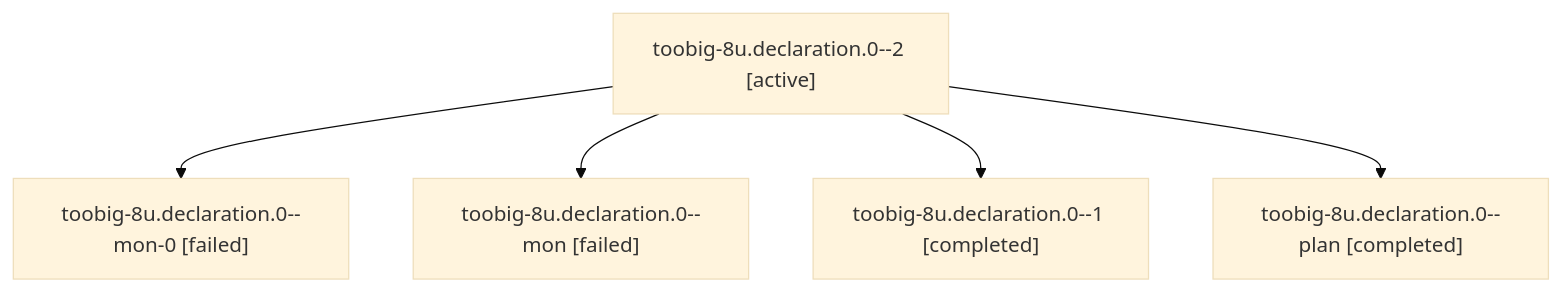
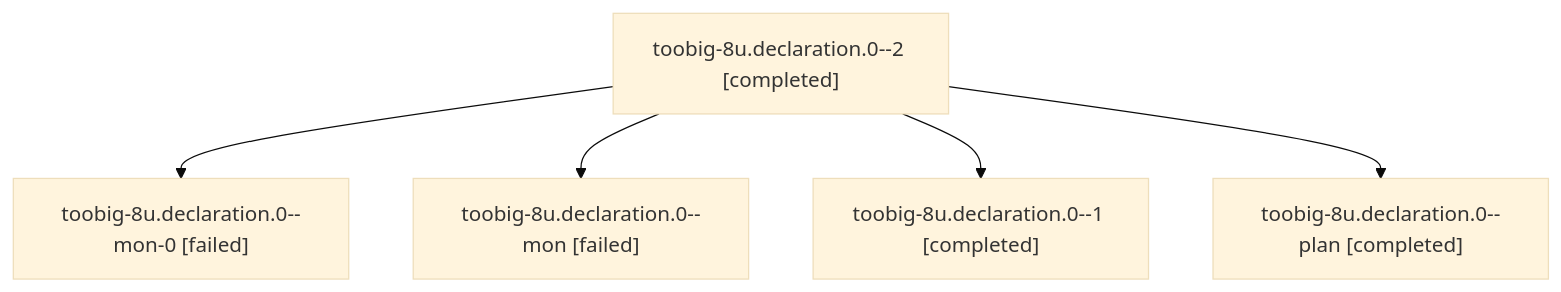
Before and after one commit to sase-org/sase--agents: the diagram in sessions/bbugyi200.athena.toobig-8u.declaration.0.md, drawn with Mermaid (base theme). The commit also changed other lines of this file and 69 other files, not shown here.

````diff
--- a/sessions/bbugyi200.athena.toobig-8u.declaration.0.md
+++ b/sessions/bbugyi200.athena.toobig-8u.declaration.0.md
@@ -9,12 +9,12 @@
 ```mermaid
 flowchart TD
-  n0["toobig-8u.declaration.0--2 [active]"]
+  n0["toobig-8u.declaration.0--2 [completed]"]
   n1["toobig-8u.declaration.0--mon-0 [failed]"]
   n0 --> n1
   n2["toobig-8u.declaration.0--mon [failed]"]
   n0 --> n2
   n3["toobig-8u.declaration.0--1 [completed]"]
   n0 --> n3
   n4["toobig-8u.declaration.0--plan [completed]"]
   n0 --> n4
 ```
````
